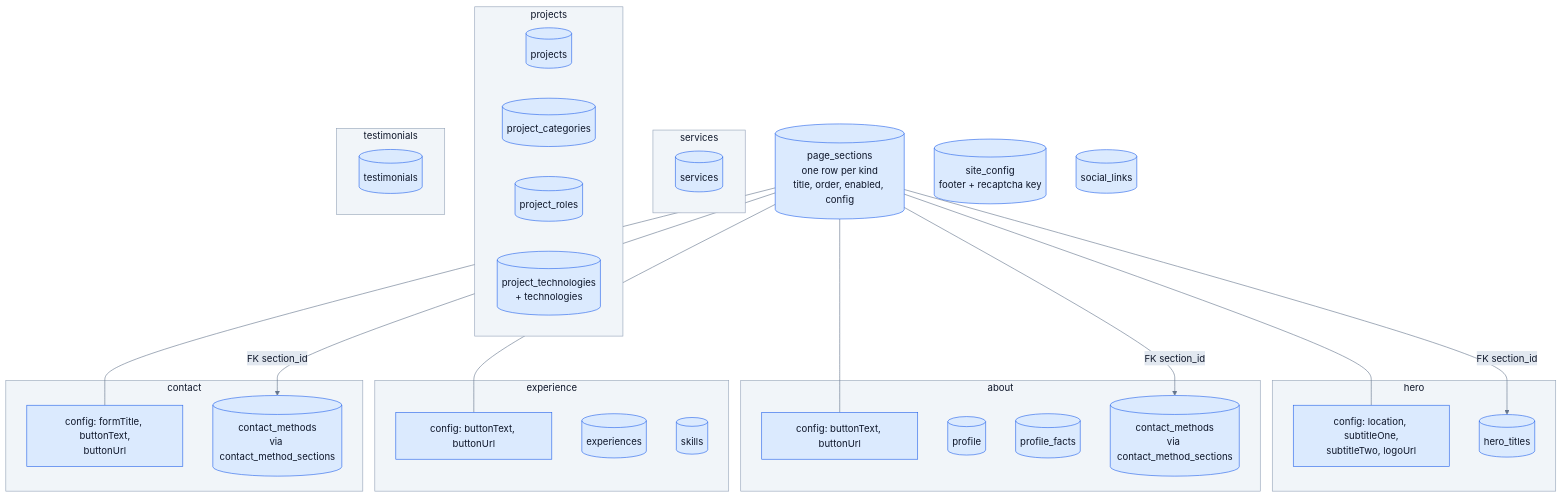
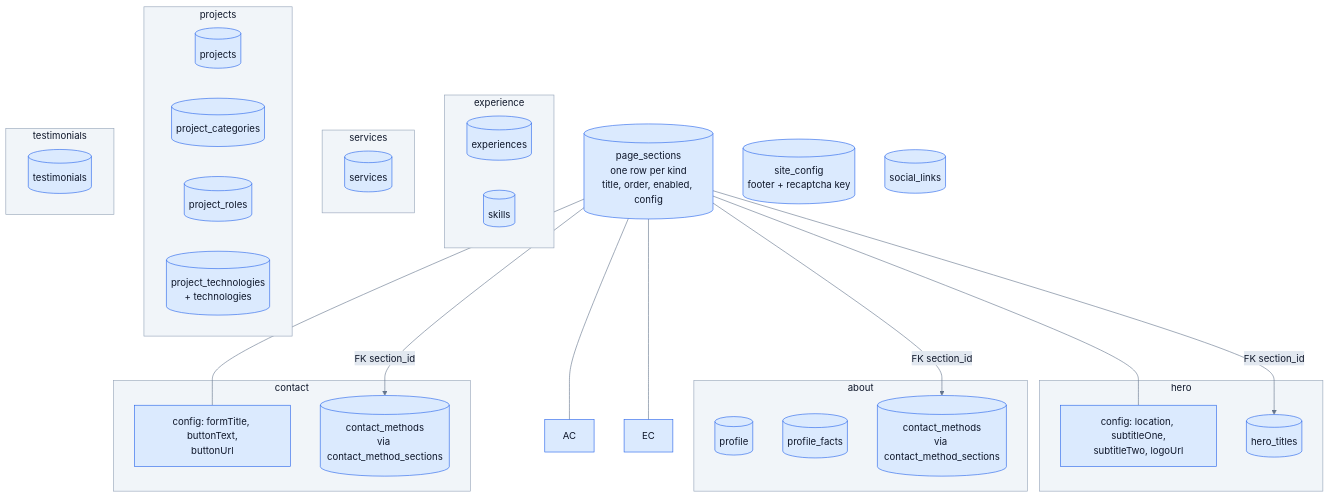
One commit to mhmdsbr/portfolio changed the fifth of 14 diagrams in docs/database-architecture.md. Above: the diagram before and after it, drawn with Mermaid. The commit also changed other lines of this file and 50 other files, not shown here.

````diff
--- a/docs/database-architecture.md
+++ b/docs/database-architecture.md
@@ -193,48 +194,46 @@
 ```mermaid
 %%{init: {'theme':'base','themeVariables':{'primaryColor':'#dbeafe','primaryTextColor':'#0f172a','primaryBorderColor':'#2563eb','secondaryColor':'#e0f2fe','tertiaryColor':'#f1f5f9','lineColor':'#64748b','textColor':'#0f172a','mainBkg':'#dbeafe','nodeBorder':'#2563eb','clusterBkg':'#f1f5f9','clusterBorder':'#94a3b8','titleColor':'#0f172a','edgeLabelBackground':'#e2e8f0'}}}%%
 flowchart TB
     PS[("page_sections<br/>one row per kind<br/>title, order, enabled, config")]
 
     subgraph hero["hero"]
         HC["config: location, subtitleOne,<br/>subtitleTwo, logoUrl"]
         HT[("hero_titles")]
     end
     subgraph about["about"]
-        AC["config: buttonText, buttonUrl"]
         PR[("profile")]
         PF[("profile_facts")]
         CMA[("contact_methods<br/>via contact_method_sections")]
     end
     subgraph exp["experience"]
-        EC["config: buttonText, buttonUrl"]
         EX[("experiences")]
         SK[("skills")]
     end
     subgraph svc["services"]
         SV[("services")]
     end
     subgraph prj["projects"]
         PJ[("projects")]
         PCAT[("project_categories")]
         PRL[("project_roles")]
         PTC[("project_technologies<br/>+ technologies")]
     end
     subgraph tst["testimonials"]
         TS[("testimonials")]
     end
     subgraph con["contact"]
         CC["config: formTitle, buttonText,<br/>buttonUrl"]
         CMC[("contact_methods<br/>via contact_method_sections")]
     end
 
     PS --- HC
     PS --- AC
     PS --- EC
     PS --- CC
     PS -- "FK section_id" --> HT
     PS -- "FK section_id" --> CMA
     PS -- "FK section_id" --> CMC
 
     SITE[("site_config<br/>footer + recaptcha key")]
     SOC[("social_links")]
 ```
````
